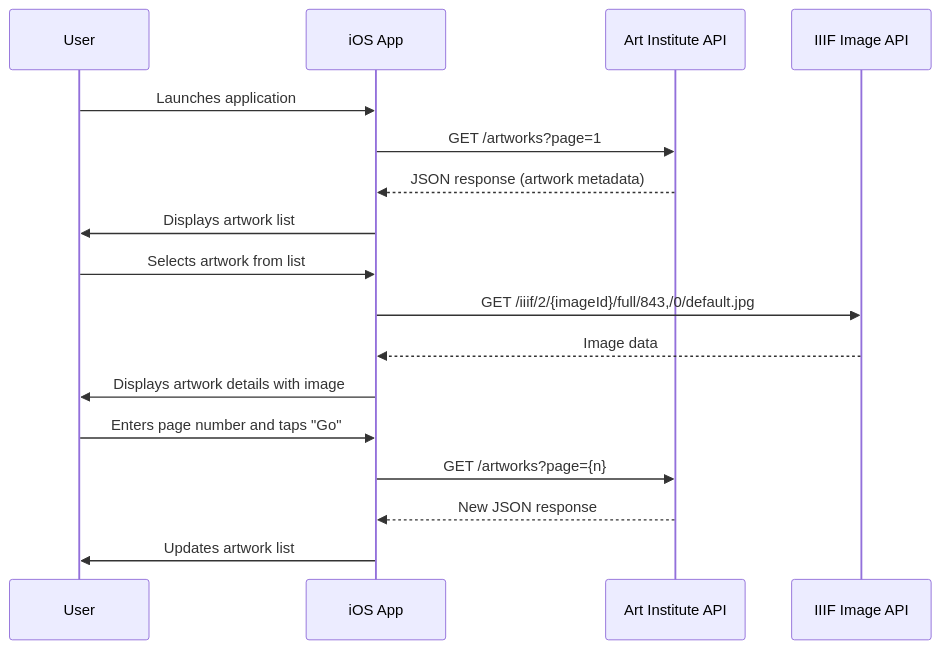
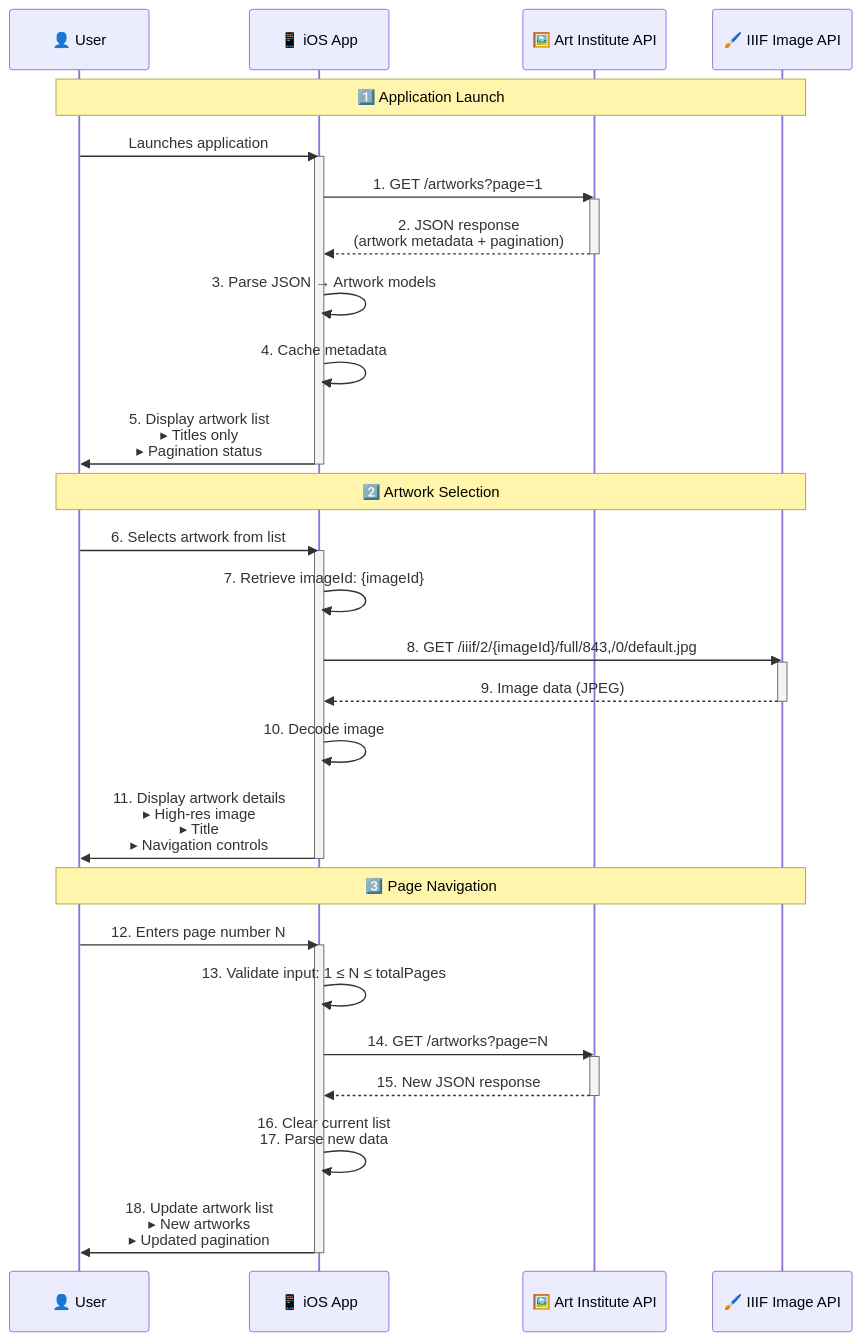
The first of 3 diagrams in README.md (AleksandrVinnik/Art-Institute-of-Chicago), drawn with Mermaid before and after one commit. The commit also changed other lines of this file, not shown here.

````diff
--- a/README.md
+++ b/README.md
@@ -28,22 +28,46 @@
 ```mermaid
 sequenceDiagram
-    participant User
-    participant App as iOS App
-    participant API as Art Institute API
-    participant IIIF as IIIF Image API
+    participant User as 👤 User
+    participant App as 📱 iOS App
+    participant API as 🖼️ Art Institute API
+    participant IIIF as 🖌️ IIIF Image API
     
+    Note over User,IIIF: 1️⃣ Application Launch
     User->>App: Launches application
-    App->>API: GET /artworks?page=1
-    API-->>App: JSON response (artwork metadata)
-    App->>User: Displays artwork list
+    activate App
+    App->>API: 1. GET /artworks?page=1
+    activate API
+    API-->>App: 2. JSON response<br>(artwork metadata + pagination)
+    deactivate API
     
-    User->>App: Selects artwork from list
-    App->>IIIF: GET /iiif/2/{imageId}/full/843,/0/default.jpg
-    IIIF-->>App: Image data
-    App->>User: Displays artwork details with image
+    App->>App: 3. Parse JSON → Artwork models
+    App->>App: 4. Cache metadata
+    App->>User: 5. Display artwork list<br>▸ Titles only<br>▸ Pagination status
+    deactivate App
     
-    User->>App: Enters page number and taps "Go"
-    App->>API: GET /artworks?page={n}
-    API-->>App: New JSON response
-    App->>User: Updates artwork list
+    Note over User,IIIF: 2️⃣ Artwork Selection
+    User->>App: 6. Selects artwork from list
+    activate App
+    App->>App: 7. Retrieve imageId: {imageId}
+    App->>IIIF: 8. GET /iiif/2/{imageId}/full/843,/0/default.jpg
+    activate IIIF
+    IIIF-->>App: 9. Image data (JPEG)
+    deactivate IIIF
+    
+    App->>App: 10. Decode image
+    App->>User: 11. Display artwork details<br>▸ High-res image<br>▸ Title<br>▸ Navigation controls
+    deactivate App
+    
+    Note over User,IIIF: 3️⃣ Page Navigation
+    User->>App: 12. Enters page number N
+    activate App
+    App->>App: 13. Validate input: 1 ≤ N ≤ totalPages
+    App->>API: 14. GET /artworks?page=N
+    activate API
+    API-->>App: 15. New JSON response
+    deactivate API
+    
+    App->>App: 16. Clear current list<br>17. Parse new data
+    App->>User: 18. Update artwork list<br>▸ New artworks<br>▸ Updated pagination
+    deactivate App
 ```
````
